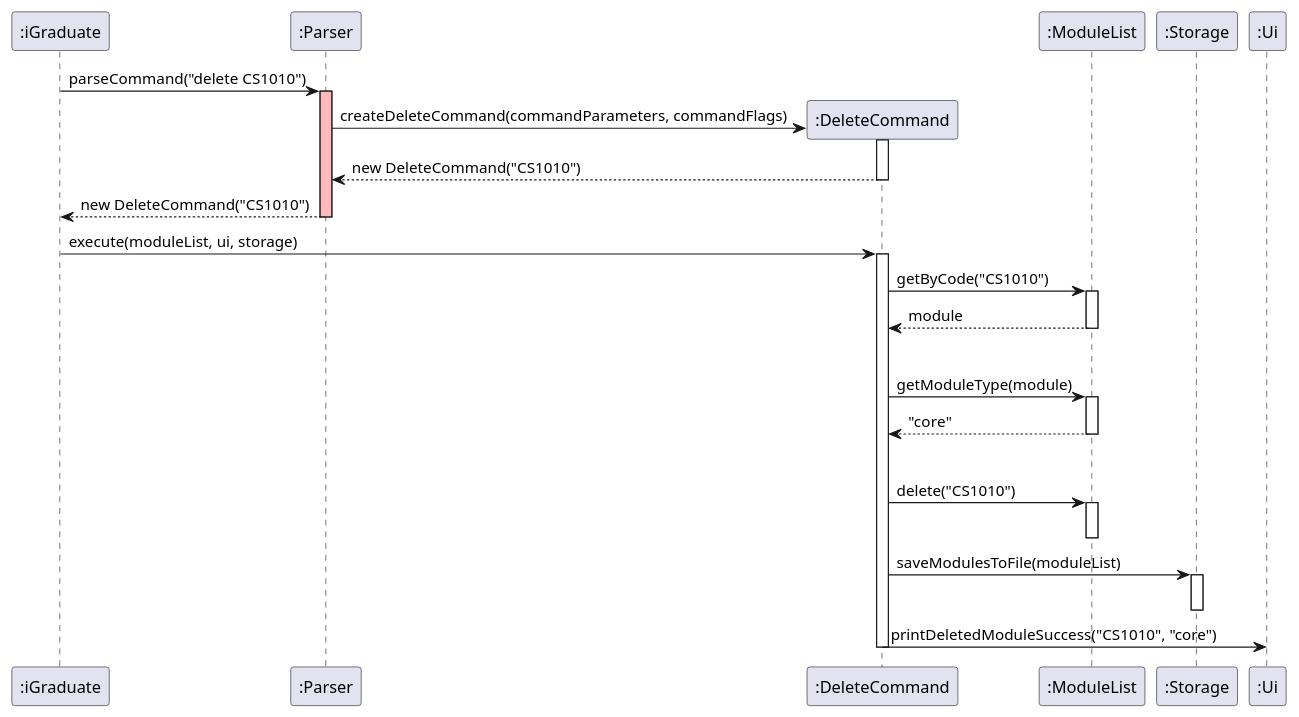
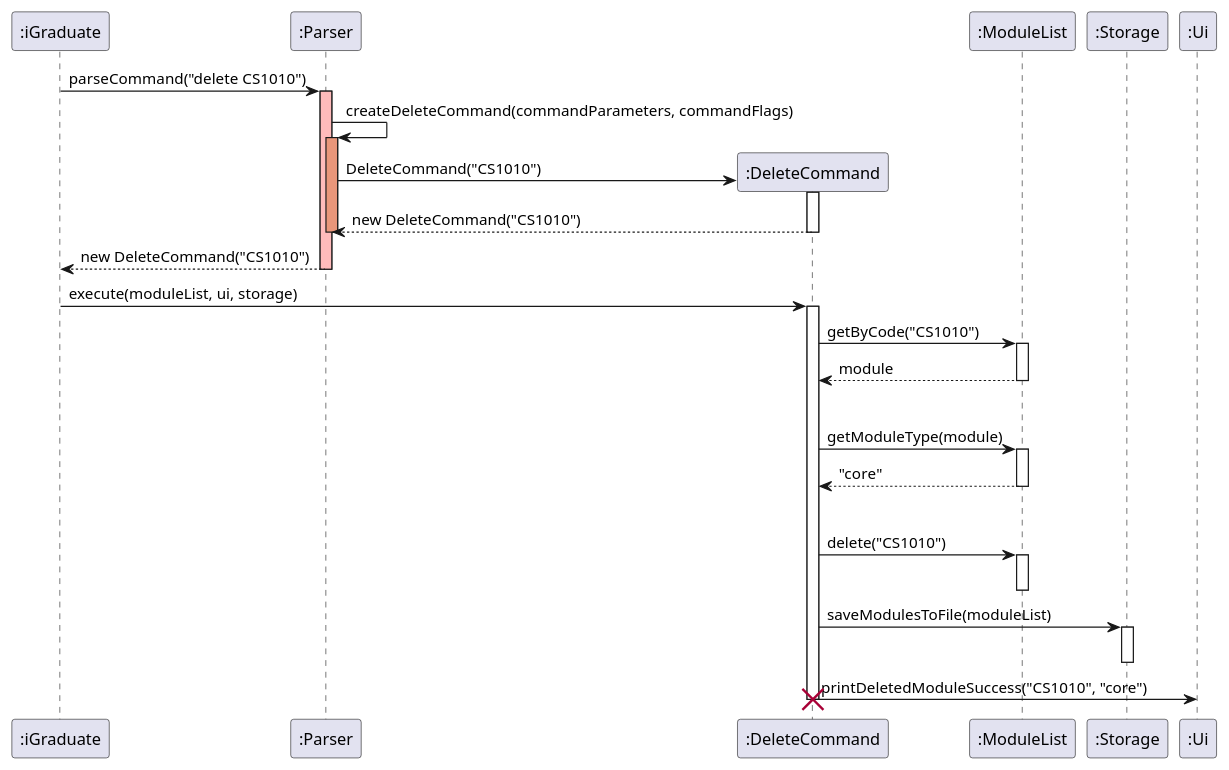
The diagram in docs/diagrams/DeleteCommandSequenceDiagram.puml (oscarlai1998/tp), drawn with PlantUML before and after one commit. The commit also changed 10 other files, not shown here.

Commit message:
Add sequence diagram for UpdateCommand, fix bugs in other sequence diagrams

```diff
--- a/docs/diagrams/DeleteCommandSequenceDiagram.puml
+++ b/docs/diagrams/DeleteCommandSequenceDiagram.puml
@@ -1,46 +1,51 @@
 @startuml
 participant ":iGraduate" as iGraduate
 participant ":Parser" as Parser
 participant ":DeleteCommand" as DeleteCommand
 participant ":ModuleList" as ModuleList
 participant ":Storage" as Storage
 participant ":Ui" as Ui
 
 iGraduate -> Parser: parseCommand("delete CS1010")
 activate Parser #FFBBBB
 
+Parser -> Parser: createDeleteCommand(commandParameters, commandFlags)
+activate Parser #DarkSalmon
+
 create DeleteCommand
-Parser -> DeleteCommand: createDeleteCommand(commandParameters, commandFlags)
+Parser -> DeleteCommand: DeleteCommand("CS1010")
 activate DeleteCommand
 DeleteCommand --> Parser: new DeleteCommand("CS1010")
 deactivate DeleteCommand
+deactivate Parser
 
 Parser --> iGraduate: new DeleteCommand("CS1010")
 deactivate Parser
 
 iGraduate -> DeleteCommand: execute(moduleList, ui, storage)
 activate DeleteCommand
 
 DeleteCommand -> ModuleList: getByCode("CS1010")
 activate ModuleList
 ModuleList --> DeleteCommand: module
 deactivate ModuleList
 
 ModuleList -[hidden]-> ModuleList
 DeleteCommand -> ModuleList: getModuleType(module)
 activate ModuleList
 ModuleList --> DeleteCommand: "core"
 deactivate ModuleList
 
 ModuleList -[hidden]-> ModuleList
 DeleteCommand -> ModuleList: delete("CS1010")
 activate ModuleList
 deactivate ModuleList
 
 DeleteCommand -> Storage: saveModulesToFile(moduleList)
 activate Storage
 deactivate Storage
 
 DeleteCommand -> Ui: printDeletedModuleSuccess("CS1010", "core")
 deactivate DeleteCommand
+destroy DeleteCommand
 @enduml
```
